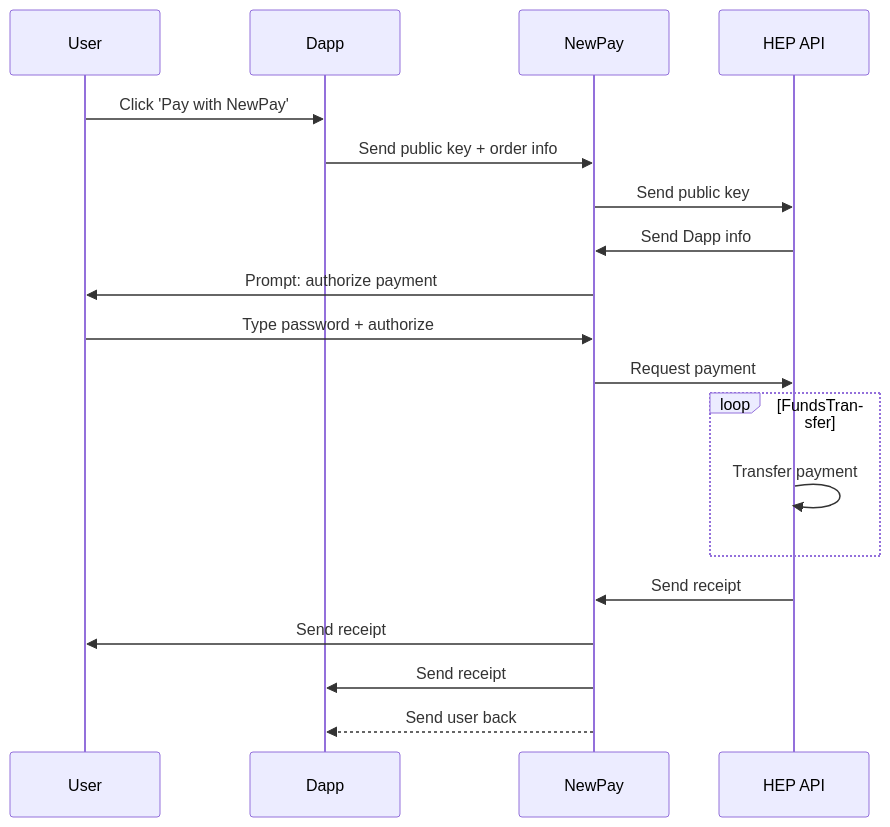
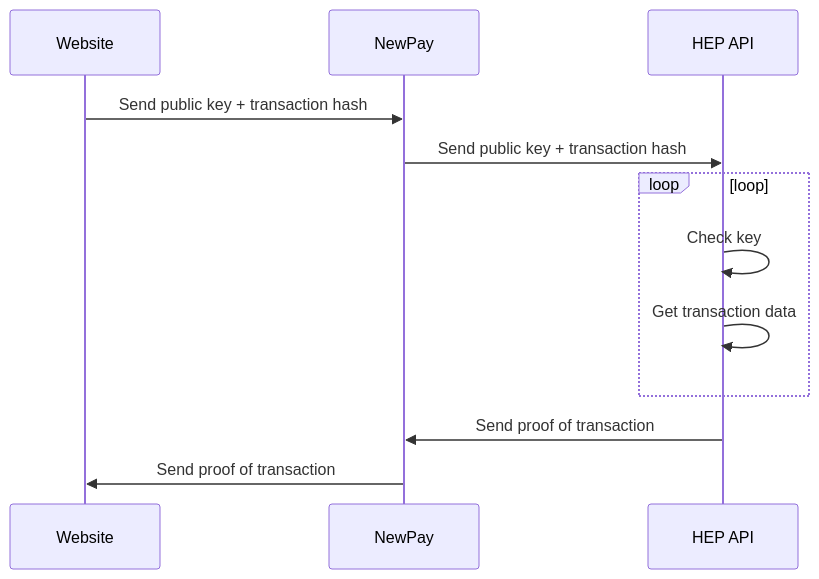
Before and after one commit to newtonproject/HEP-specification: the second of 2 diagrams in proof_of_action_process.md, drawn with Mermaid. The commit also changed other lines of this file, not shown here.

Commit message:
Re-add NewPay

````diff
--- a/proof_of_action_process.md
+++ b/proof_of_action_process.md
@@ -33,23 +29,15 @@
 ```mermaid
-
 sequenceDiagram;
-    participant User;
-    participant Dapp;
+    participant Website;
 	participant NewPay;
 	participant HEP API;
 
-    User->>Dapp: Click 'Pay with NewPay';
-	Dapp->>NewPay: Send public key + order info;
-	NewPay->>HEP API: Send public key;
-	HEP API->>NewPay: Send Dapp info;
-	NewPay->> User: Prompt: authorize payment;
-	User->>NewPay: Type password + authorize;
-	NewPay->>HEP API: Request payment;
-loop FundsTransfer;
-        HEP API->>HEP API: Transfer payment;
+	Website->>NewPay: Send public key + transaction hash;
+	NewPay->>HEP API: Send public key + transaction hash;
+loop loop;
+        HEP API->>HEP API: Check key;
+		HEP API->>HEP API: Get transaction data;
 	end;
-	HEP API->>NewPay: Send receipt;
-	NewPay->>User: Send receipt;
-	NewPay->>Dapp: Send receipt;
-	NewPay-->>Dapp: Send user back;
+	HEP API->>NewPay: Send proof of transaction;
+	NewPay->>Website: Send proof of transaction;
 ```
````
